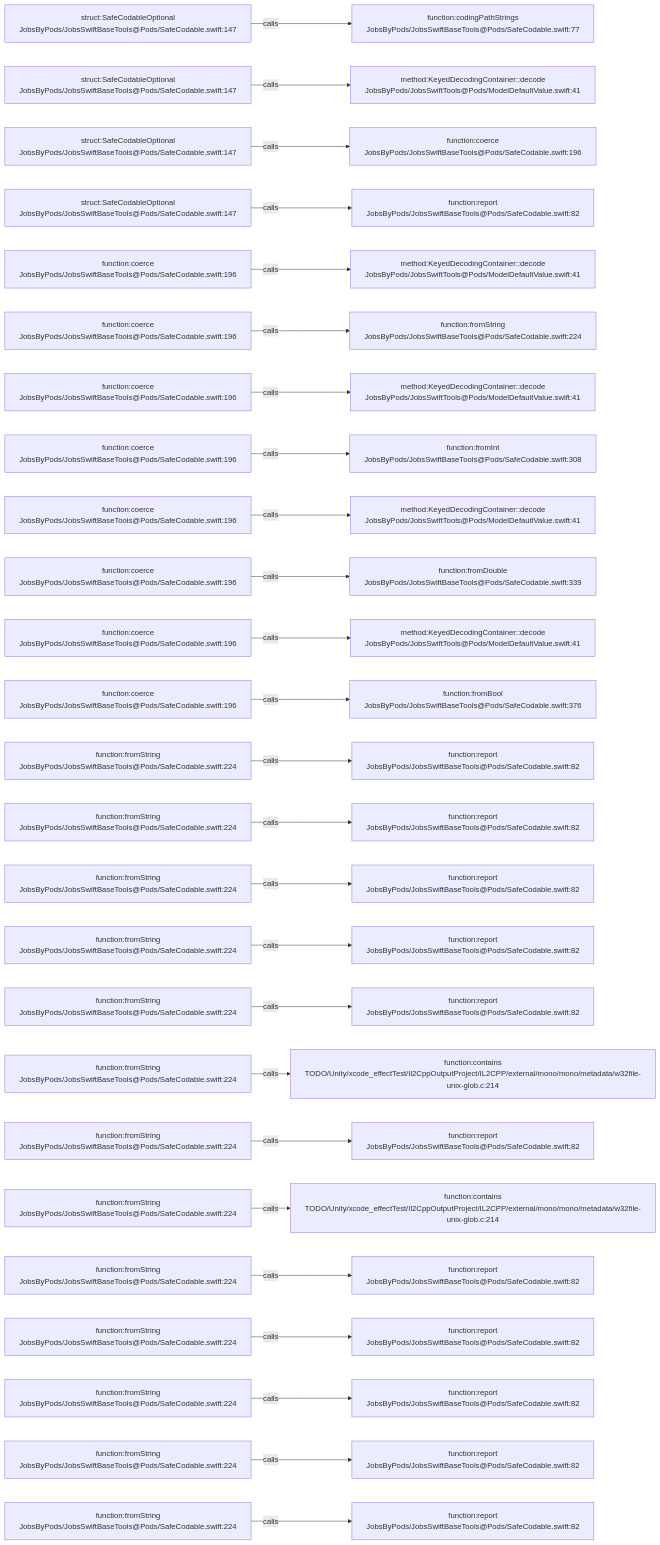
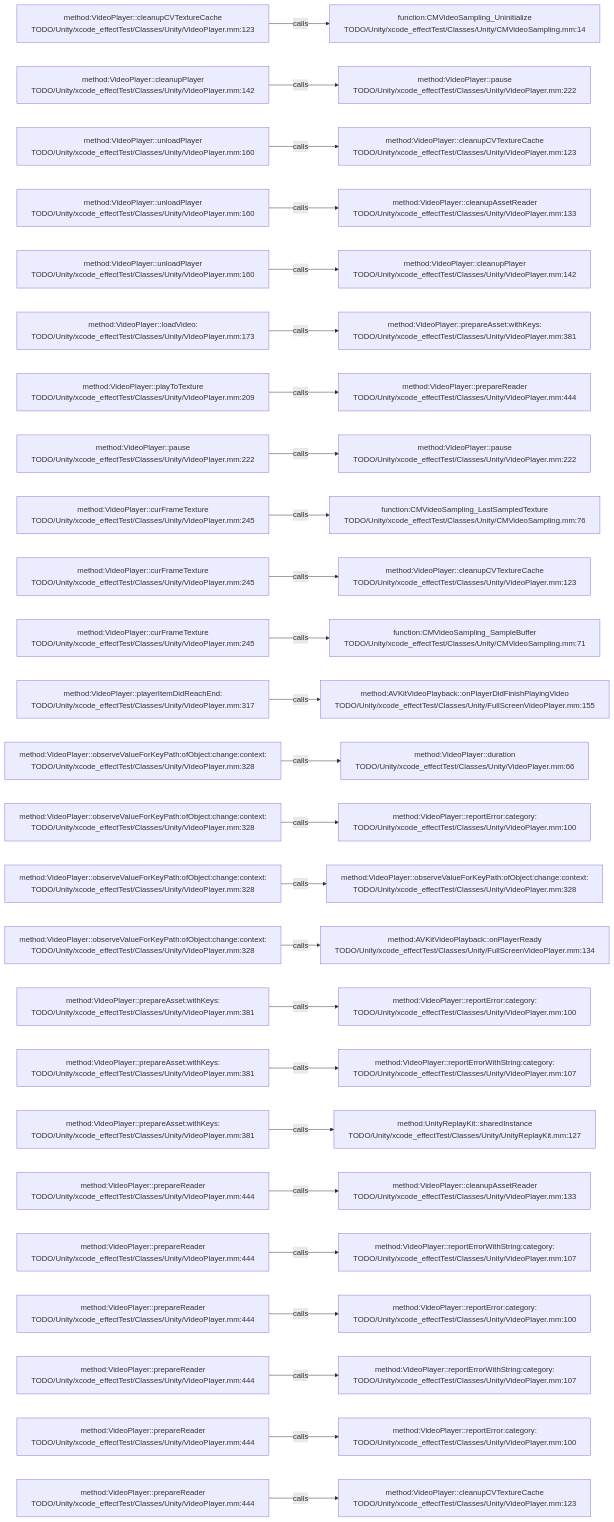
Before and after one commit to JobsKits/JobsSwiftBaseConfigDemo: the diagram in .codegraph/codegraph.md/graphs/calls-046.md, drawn with Mermaid. The commit also changed 227 other files, not shown here.

````diff
--- a/.codegraph/codegraph.md/graphs/calls-046.md
+++ b/.codegraph/codegraph.md/graphs/calls-046.md
@@ -13,78 +13,78 @@
 ```mermaid
 flowchart LR
-  S1["struct:SafeCodableOptional<br/>JobsByPods/JobsSwiftBaseTools@Pods/SafeCodable.swift:147"]
-  T1["function:codingPathStrings<br/>JobsByPods/JobsSwiftBaseTools@Pods/SafeCodable.swift:77"]
+  S1["method:VideoPlayer::cleanupCVTextureCache<br/>TODO/Unity/xcode_effectTest/Classes/Unity/VideoPlayer.mm:123"]
+  T1["function:CMVideoSampling_Uninitialize<br/>TODO/Unity/xcode_effectTest/Classes/Unity/CMVideoSampling.mm:14"]
   S1 -->|calls| T1
-  S2["struct:SafeCodableOptional<br/>JobsByPods/JobsSwiftBaseTools@Pods/SafeCodable.swift:147"]
-  T2["method:KeyedDecodingContainer::decode<br/>JobsByPods/JobsSwiftTools@Pods/ModelDefaultValue.swift:41"]
+  S2["method:VideoPlayer::cleanupPlayer<br/>TODO/Unity/xcode_effectTest/Classes/Unity/VideoPlayer.mm:142"]
+  T2["method:VideoPlayer::pause<br/>TODO/Unity/xcode_effectTest/Classes/Unity/VideoPlayer.mm:222"]
   S2 -->|calls| T2
-  S3["struct:SafeCodableOptional<br/>JobsByPods/JobsSwiftBaseTools@Pods/SafeCodable.swift:147"]
-  T3["function:coerce<br/>JobsByPods/JobsSwiftBaseTools@Pods/SafeCodable.swift:196"]
+  S3["method:VideoPlayer::unloadPlayer<br/>TODO/Unity/xcode_effectTest/Classes/Unity/VideoPlayer.mm:160"]
+  T3["method:VideoPlayer::cleanupCVTextureCache<br/>TODO/Unity/xcode_effectTest/Classes/Unity/VideoPlayer.mm:123"]
   S3 -->|calls| T3
-  S4["struct:SafeCodableOptional<br/>JobsByPods/JobsSwiftBaseTools@Pods/SafeCodable.swift:147"]
-  T4["function:report<br/>JobsByPods/JobsSwiftBaseTools@Pods/SafeCodable.swift:82"]
+  S4["method:VideoPlayer::unloadPlayer<br/>TODO/Unity/xcode_effectTest/Classes/Unity/VideoPlayer.mm:160"]
+  T4["method:VideoPlayer::cleanupAssetReader<br/>TODO/Unity/xcode_effectTest/Classes/Unity/VideoPlayer.mm:133"]
   S4 -->|calls| T4
-  S5["function:coerce<br/>JobsByPods/JobsSwiftBaseTools@Pods/SafeCodable.swift:196"]
-  T5["method:KeyedDecodingContainer::decode<br/>JobsByPods/JobsSwiftTools@Pods/ModelDefaultValue.swift:41"]
+  S5["method:VideoPlayer::unloadPlayer<br/>TODO/Unity/xcode_effectTest/Classes/Unity/VideoPlayer.mm:160"]
+  T5["method:VideoPlayer::cleanupPlayer<br/>TODO/Unity/xcode_effectTest/Classes/Unity/VideoPlayer.mm:142"]
   S5 -->|calls| T5
-  S6["function:coerce<br/>JobsByPods/JobsSwiftBaseTools@Pods/SafeCodable.swift:196"]
-  T6["function:fromString<br/>JobsByPods/JobsSwiftBaseTools@Pods/SafeCodable.swift:224"]
+  S6["method:VideoPlayer::loadVideo:<br/>TODO/Unity/xcode_effectTest/Classes/Unity/VideoPlayer.mm:173"]
+  T6["method:VideoPlayer::prepareAsset:withKeys:<br/>TODO/Unity/xcode_effectTest/Classes/Unity/VideoPlayer.mm:381"]
   S6 -->|calls| T6
-  S7["function:coerce<br/>JobsByPods/JobsSwiftBaseTools@Pods/SafeCodable.swift:196"]
-  T7["method:KeyedDecodingContainer::decode<br/>JobsByPods/JobsSwiftTools@Pods/ModelDefaultValue.swift:41"]
+  S7["method:VideoPlayer::playToTexture<br/>TODO/Unity/xcode_effectTest/Classes/Unity/VideoPlayer.mm:209"]
+  T7["method:VideoPlayer::prepareReader<br/>TODO/Unity/xcode_effectTest/Classes/Unity/VideoPlayer.mm:444"]
   S7 -->|calls| T7
-  S8["function:coerce<br/>JobsByPods/JobsSwiftBaseTools@Pods/SafeCodable.swift:196"]
-  T8["function:fromInt<br/>JobsByPods/JobsSwiftBaseTools@Pods/SafeCodable.swift:308"]
+  S8["method:VideoPlayer::pause<br/>TODO/Unity/xcode_effectTest/Classes/Unity/VideoPlayer.mm:222"]
+  T8["method:VideoPlayer::pause<br/>TODO/Unity/xcode_effectTest/Classes/Unity/VideoPlayer.mm:222"]
   S8 -->|calls| T8
-  S9["function:coerce<br/>JobsByPods/JobsSwiftBaseTools@Pods/SafeCodable.swift:196"]
-  T9["method:KeyedDecodingContainer::decode<br/>JobsByPods/JobsSwiftTools@Pods/ModelDefaultValue.swift:41"]
+  S9["method:VideoPlayer::curFrameTexture<br/>TODO/Unity/xcode_effectTest/Classes/Unity/VideoPlayer.mm:245"]
+  T9["function:CMVideoSampling_LastSampledTexture<br/>TODO/Unity/xcode_effectTest/Classes/Unity/CMVideoSampling.mm:76"]
   S9 -->|calls| T9
-  S10["function:coerce<br/>JobsByPods/JobsSwiftBaseTools@Pods/SafeCodable.swift:196"]
-  T10["function:fromDouble<br/>JobsByPods/JobsSwiftBaseTools@Pods/SafeCodable.swift:339"]
+  S10["method:VideoPlayer::curFrameTexture<br/>TODO/Unity/xcode_effectTest/Classes/Unity/VideoPlayer.mm:245"]
+  T10["method:VideoPlayer::cleanupCVTextureCache<br/>TODO/Unity/xcode_effectTest/Classes/Unity/VideoPlayer.mm:123"]
   S10 -->|calls| T10
-  S11["function:coerce<br/>JobsByPods/JobsSwiftBaseTools@Pods/SafeCodable.swift:196"]
-  T11["method:KeyedDecodingContainer::decode<br/>JobsByPods/JobsSwiftTools@Pods/ModelDefaultValue.swift:41"]
+  S11["method:VideoPlayer::curFrameTexture<br/>TODO/Unity/xcode_effectTest/Classes/Unity/VideoPlayer.mm:245"]
+  T11["function:CMVideoSampling_SampleBuffer<br/>TODO/Unity/xcode_effectTest/Classes/Unity/CMVideoSampling.mm:71"]
   S11 -->|calls| T11
-  S12["function:coerce<br/>JobsByPods/JobsSwiftBaseTools@Pods/SafeCodable.swift:196"]
-  T12["function:fromBool<br/>JobsByPods/JobsSwiftBaseTools@Pods/SafeCodable.swift:376"]
+  S12["method:VideoPlayer::playerItemDidReachEnd:<br/>TODO/Unity/xcode_effectTest/Classes/Unity/VideoPlayer.mm:317"]
+  T12["method:AVKitVideoPlayback::onPlayerDidFinishPlayingVideo<br/>TODO/Unity/xcode_effectTest/Classes/Unity/FullScreenVideoPlayer.mm:155"]
   S12 -->|calls| T12
-  S13["function:fromString<br/>JobsByPods/JobsSwiftBaseTools@Pods/SafeCodable.swift:224"]
-  T13["function:report<br/>JobsByPods/JobsSwiftBaseTools@Pods/SafeCodable.swift:82"]
+  S13["method:VideoPlayer::observeValueForKeyPath:ofObject:change:context:<br/>TODO/Unity/xcode_effectTest/Classes/Unity/VideoPlayer.mm:328"]
+  T13["method:VideoPlayer::duration<br/>TODO/Unity/xcode_effectTest/Classes/Unity/VideoPlayer.mm:66"]
   S13 -->|calls| T13
-  S14["function:fromString<br/>JobsByPods/JobsSwiftBaseTools@Pods/SafeCodable.swift:224"]
-  T14["function:report<br/>JobsByPods/JobsSwiftBaseTools@Pods/SafeCodable.swift:82"]
+  S14["method:VideoPlayer::observeValueForKeyPath:ofObject:change:context:<br/>TODO/Unity/xcode_effectTest/Classes/Unity/VideoPlayer.mm:328"]
+  T14["method:VideoPlayer::reportError:category:<br/>TODO/Unity/xcode_effectTest/Classes/Unity/VideoPlayer.mm:100"]
   S14 -->|calls| T14
-  S15["function:fromString<br/>JobsByPods/JobsSwiftBaseTools@Pods/SafeCodable.swift:224"]
-  T15["function:report<br/>JobsByPods/JobsSwiftBaseTools@Pods/SafeCodable.swift:82"]
+  S15["method:VideoPlayer::observeValueForKeyPath:ofObject:change:context:<br/>TODO/Unity/xcode_effectTest/Classes/Unity/VideoPlayer.mm:328"]
+  T15["method:VideoPlayer::observeValueForKeyPath:ofObject:change:context:<br/>TODO/Unity/xcode_effectTest/Classes/Unity/VideoPlayer.mm:328"]
   S15 -->|calls| T15
-  S16["function:fromString<br/>JobsByPods/JobsSwiftBaseTools@Pods/SafeCodable.swift:224"]
-  T16["function:report<br/>JobsByPods/JobsSwiftBaseTools@Pods/SafeCodable.swift:82"]
+  S16["method:VideoPlayer::observeValueForKeyPath:ofObject:change:context:<br/>TODO/Unity/xcode_effectTest/Classes/Unity/VideoPlayer.mm:328"]
+  T16["method:AVKitVideoPlayback::onPlayerReady<br/>TODO/Unity/xcode_effectTest/Classes/Unity/FullScreenVideoPlayer.mm:134"]
   S16 -->|calls| T16
-  S17["function:fromString<br/>JobsByPods/JobsSwiftBaseTools@Pods/SafeCodable.swift:224"]
-  T17["function:report<br/>JobsByPods/JobsSwiftBaseTools@Pods/SafeCodable.swift:82"]
+  S17["method:VideoPlayer::prepareAsset:withKeys:<br/>TODO/Unity/xcode_effectTest/Classes/Unity/VideoPlayer.mm:381"]
+  T17["method:VideoPlayer::reportError:category:<br/>TODO/Unity/xcode_effectTest/Classes/Unity/VideoPlayer.mm:100"]
   S17 -->|calls| T17
-  S18["function:fromString<br/>JobsByPods/JobsSwiftBaseTools@Pods/SafeCodable.swift:224"]
-  T18["function:contains<br/>TODO/Unity/xcode_effectTest/Il2CppOutputProject/IL2CPP/external/mono/mono/metadata/w32file-unix-glob.c:214"]
+  S18["method:VideoPlayer::prepareAsset:withKeys:<br/>TODO/Unity/xcode_effectTest/Classes/Unity/VideoPlayer.mm:381"]
+  T18["method:VideoPlayer::reportErrorWithString:category:<br/>TODO/Unity/xcode_effectTest/Classes/Unity/VideoPlayer.mm:107"]
   S18 -->|calls| T18
-  S19["function:fromString<br/>JobsByPods/JobsSwiftBaseTools@Pods/SafeCodable.swift:224"]
-  T19["function:report<br/>JobsByPods/JobsSwiftBaseTools@Pods/SafeCodable.swift:82"]
+  S19["method:VideoPlayer::prepareAsset:withKeys:<br/>TODO/Unity/xcode_effectTest/Classes/Unity/VideoPlayer.mm:381"]
+  T19["method:UnityReplayKit::sharedInstance<br/>TODO/Unity/xcode_effectTest/Classes/Unity/UnityReplayKit.mm:127"]
   S19 -->|calls| T19
-  S20["function:fromString<br/>JobsByPods/JobsSwiftBaseTools@Pods/SafeCodable.swift:224"]
-  T20["function:contains<br/>TODO/Unity/xcode_effectTest/Il2CppOutputProject/IL2CPP/external/mono/mono/metadata/w32file-unix-glob.c:214"]
+  S20["method:VideoPlayer::prepareReader<br/>TODO/Unity/xcode_effectTest/Classes/Unity/VideoPlayer.mm:444"]
+  T20["method:VideoPlayer::cleanupAssetReader<br/>TODO/Unity/xcode_effectTest/Classes/Unity/VideoPlayer.mm:133"]
   S20 -->|calls| T20
-  S21["function:fromString<br/>JobsByPods/JobsSwiftBaseTools@Pods/SafeCodable.swift:224"]
-  T21["function:report<br/>JobsByPods/JobsSwiftBaseTools@Pods/SafeCodable.swift:82"]
+  S21["method:VideoPlayer::prepareReader<br/>TODO/Unity/xcode_effectTest/Classes/Unity/VideoPlayer.mm:444"]
+  T21["method:VideoPlayer::reportErrorWithString:category:<br/>TODO/Unity/xcode_effectTest/Classes/Unity/VideoPlayer.mm:107"]
   S21 -->|calls| T21
-  S22["function:fromString<br/>JobsByPods/JobsSwiftBaseTools@Pods/SafeCodable.swift:224"]
-  T22["function:report<br/>JobsByPods/JobsSwiftBaseTools@Pods/SafeCodable.swift:82"]
+  S22["method:VideoPlayer::prepareReader<br/>TODO/Unity/xcode_effectTest/Classes/Unity/VideoPlayer.mm:444"]
+  T22["method:VideoPlayer::reportError:category:<br/>TODO/Unity/xcode_effectTest/Classes/Unity/VideoPlayer.mm:100"]
   S22 -->|calls| T22
-  S23["function:fromString<br/>JobsByPods/JobsSwiftBaseTools@Pods/SafeCodable.swift:224"]
-  T23["function:report<br/>JobsByPods/JobsSwiftBaseTools@Pods/SafeCodable.swift:82"]
+  S23["method:VideoPlayer::prepareReader<br/>TODO/Unity/xcode_effectTest/Classes/Unity/VideoPlayer.mm:444"]
+  T23["method:VideoPlayer::reportErrorWithString:category:<br/>TODO/Unity/xcode_effectTest/Classes/Unity/VideoPlayer.mm:107"]
   S23 -->|calls| T23
-  S24["function:fromString<br/>JobsByPods/JobsSwiftBaseTools@Pods/SafeCodable.swift:224"]
-  T24["function:report<br/>JobsByPods/JobsSwiftBaseTools@Pods/SafeCodable.swift:82"]
+  S24["method:VideoPlayer::prepareReader<br/>TODO/Unity/xcode_effectTest/Classes/Unity/VideoPlayer.mm:444"]
+  T24["method:VideoPlayer::reportError:category:<br/>TODO/Unity/xcode_effectTest/Classes/Unity/VideoPlayer.mm:100"]
   S24 -->|calls| T24
-  S25["function:fromString<br/>JobsByPods/JobsSwiftBaseTools@Pods/SafeCodable.swift:224"]
-  T25["function:report<br/>JobsByPods/JobsSwiftBaseTools@Pods/SafeCodable.swift:82"]
+  S25["method:VideoPlayer::prepareReader<br/>TODO/Unity/xcode_effectTest/Classes/Unity/VideoPlayer.mm:444"]
+  T25["method:VideoPlayer::cleanupCVTextureCache<br/>TODO/Unity/xcode_effectTest/Classes/Unity/VideoPlayer.mm:123"]
   S25 -->|calls| T25
 ```
````
